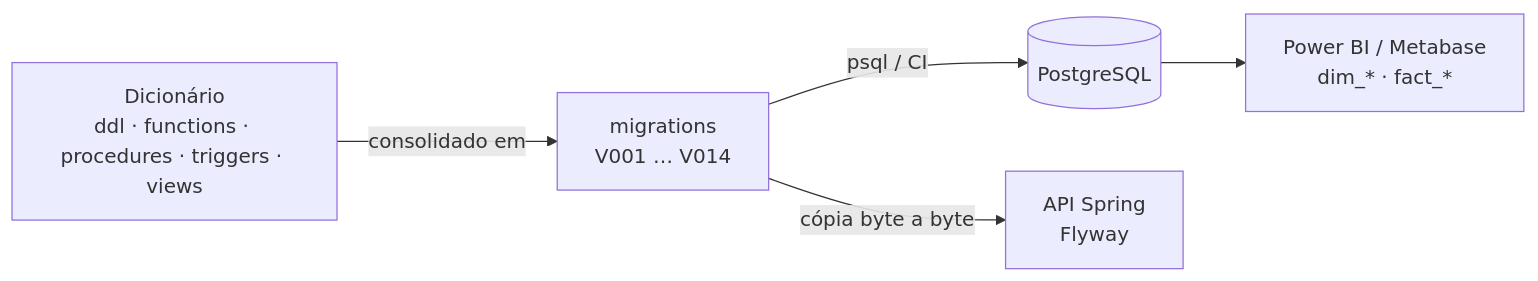
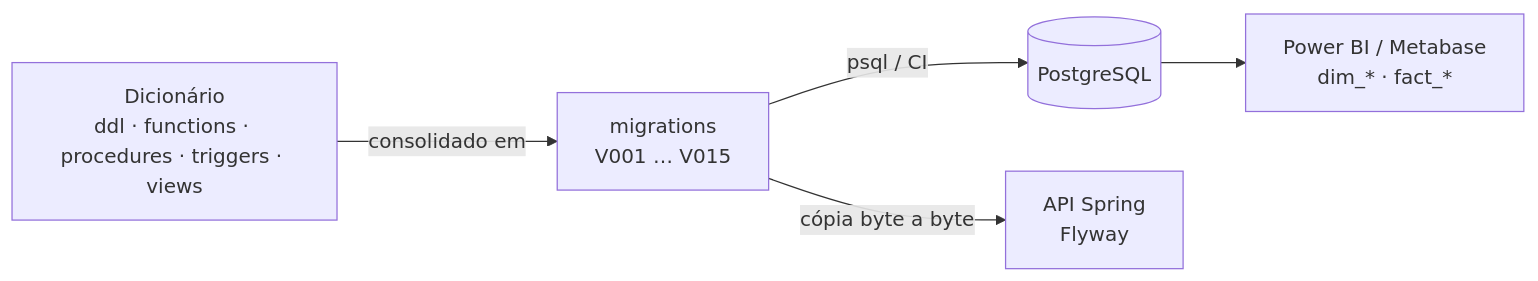
The second of 2 diagrams in README.md (InventraTech/inventra-data-modeling-2), drawn with Mermaid before and after one commit. The commit also changed other lines of this file and 5 other files, not shown here.

````diff
--- a/README.md
+++ b/README.md
@@ -126,7 +126,7 @@
 ```mermaid
 flowchart LR
-    D["Dicionário<br/>ddl · functions · procedures · triggers · views"] -->|consolidado em| M["migrations<br/>V001 … V014"]
+    D["Dicionário<br/>ddl · functions · procedures · triggers · views"] -->|consolidado em| M["migrations<br/>V001 … V015"]
     M -->|psql / CI| DB[("PostgreSQL")]
     M -->|cópia byte a byte| API["API Spring<br/>Flyway"]
     DB --> BI["Power BI / Metabase<br/>dim_* · fact_*"]
 ```
````
